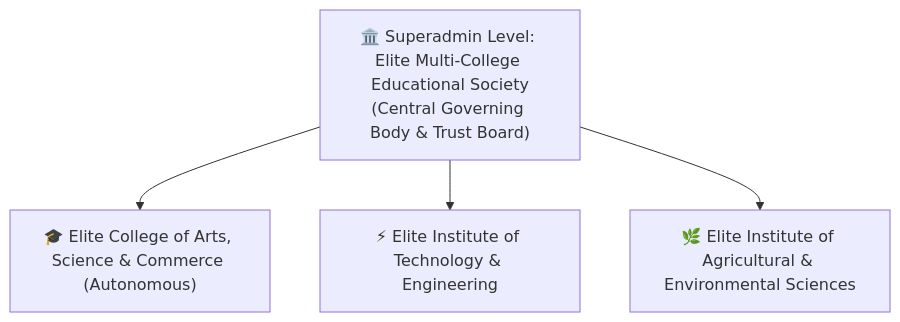
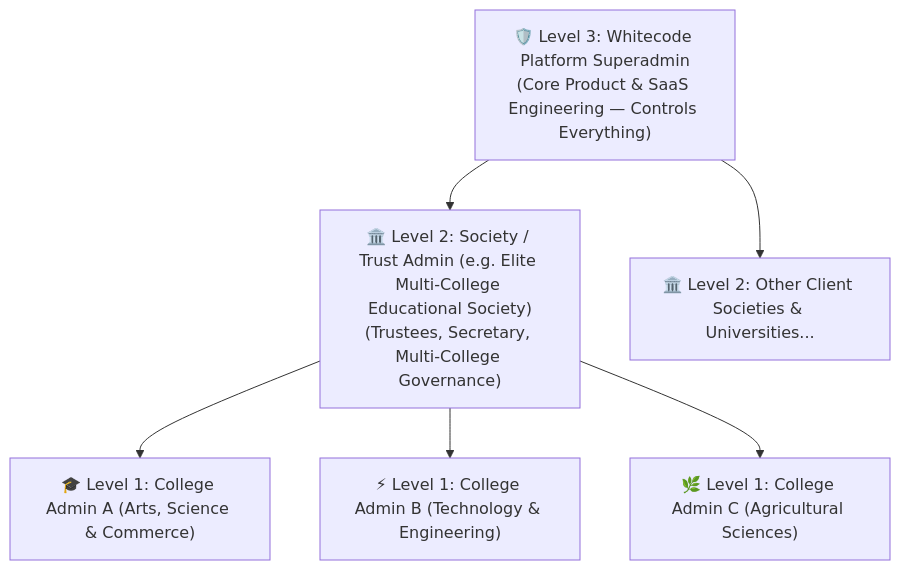
Before and after one commit to shrutijog-gif/LaravelUI: the diagram in doc/college-structure.md, drawn with Mermaid. The commit also changed other lines of this file and 10 other files, not shown here.

````diff
--- a/doc/college-structure.md
+++ b/doc/college-structure.md
@@ -12,7 +12,9 @@
 ```mermaid
 graph TD
-    Superadmin["🏛️ Superadmin Level: Elite Multi-College Educational Society<br/>(Central Governing Body & Trust Board)"]
-    Superadmin --> CampusA["🎓 Elite College of Arts, Science & Commerce (Autonomous)"]
-    Superadmin --> CampusB["⚡ Elite Institute of Technology & Engineering"]
-    Superadmin --> CampusC["🌿 Elite Institute of Agricultural & Environmental Sciences"]
+    Tier3["🛡️ Level 3: Whitecode Platform Superadmin<br/>(Core Product & SaaS Engineering — Controls Everything)"]
+    Tier3 --> Tier2A["🏛️ Level 2: Society / Trust Admin (e.g. Elite Multi-College Educational Society)<br/>(Trustees, Secretary, Multi-College Governance)"]
+    Tier3 --> Tier2B["🏛️ Level 2: Other Client Societies & Universities..."]
+    Tier2A --> Tier1A["🎓 Level 1: College Admin A (Arts, Science & Commerce)"]
+    Tier2A --> Tier1B["⚡ Level 1: College Admin B (Technology & Engineering)"]
+    Tier2A --> Tier1C["🌿 Level 1: College Admin C (Agricultural Sciences)"]
 ```
````
